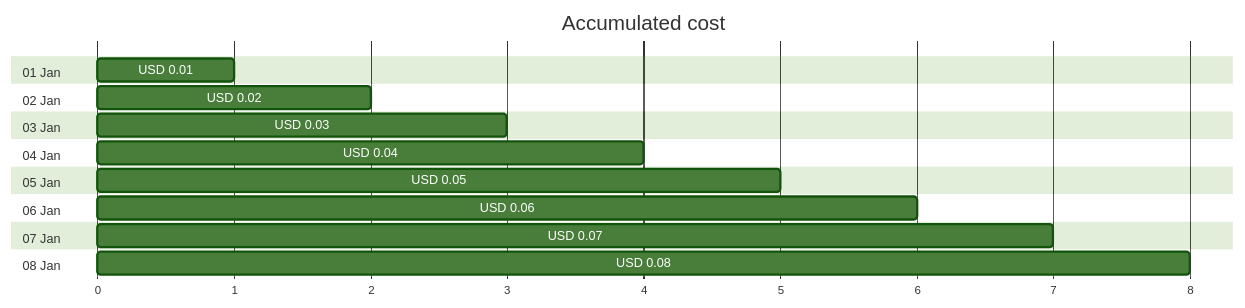
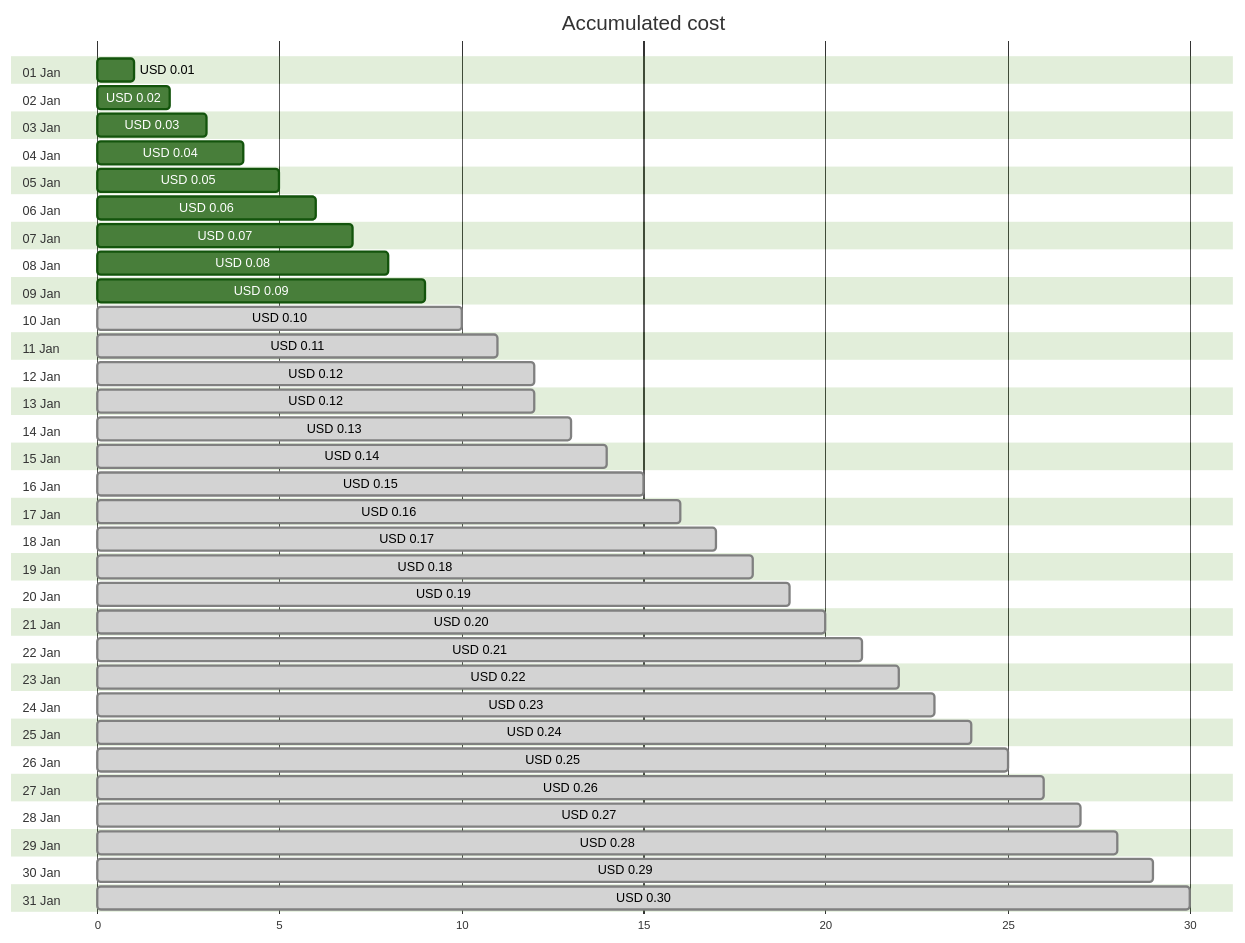
The first of 4 diagrams in cost-reports/cloud-shell-storage-eastus/cs2100300008c8d894b.md (jpfulton/azure-personal-reports), drawn with Mermaid (forest theme) before and after one commit. The commit also changed other lines of this file and 1 other file, not shown here.

Commit message:
Generated reports [skip ci]

````diff
--- a/cost-reports/cloud-shell-storage-eastus/cs2100300008c8d894b.md
+++ b/cost-reports/cloud-shell-storage-eastus/cs2100300008c8d894b.md
@@ -20,22 +20,68 @@
 ```mermaid
 gantt
    title Accumulated cost
    dateFormat  X
    axisFormat %s
    section 01 Jan
    USD 0.01 :0, 1
    section 02 Jan
    USD 0.02 :0, 2
    section 03 Jan
    USD 0.03 :0, 3
    section 04 Jan
    USD 0.04 :0, 4
    section 05 Jan
    USD 0.05 :0, 5
    section 06 Jan
    USD 0.06 :0, 6
    section 07 Jan
    USD 0.07 :0, 7
    section 08 Jan
    USD 0.08 :0, 8
+   section 09 Jan
+   USD 0.09 :0, 9
+   section 10 Jan
+   USD 0.10 : done, 0, 10
+   section 11 Jan
+   USD 0.11 : done, 0, 11
+   section 12 Jan
+   USD 0.12 : done, 0, 12
+   section 13 Jan
+   USD 0.12 : done, 0, 12
+   section 14 Jan
+   USD 0.13 : done, 0, 13
+   section 15 Jan
+   USD 0.14 : done, 0, 14
+   section 16 Jan
+   USD 0.15 : done, 0, 15
+   section 17 Jan
+   USD 0.16 : done, 0, 16
+   section 18 Jan
+   USD 0.17 : done, 0, 17
+   section 19 Jan
+   USD 0.18 : done, 0, 18
+   section 20 Jan
+   USD 0.19 : done, 0, 19
+   section 21 Jan
+   USD 0.20 : done, 0, 20
+   section 22 Jan
+   USD 0.21 : done, 0, 21
+   section 23 Jan
+   USD 0.22 : done, 0, 22
+   section 24 Jan
+   USD 0.23 : done, 0, 23
+   section 25 Jan
+   USD 0.24 : done, 0, 24
+   section 26 Jan
+   USD 0.25 : done, 0, 25
+   section 27 Jan
+   USD 0.26 : done, 0, 26
+   section 28 Jan
+   USD 0.27 : done, 0, 27
+   section 29 Jan
+   USD 0.28 : done, 0, 28
+   section 30 Jan
+   USD 0.29 : done, 0, 29
+   section 31 Jan
+   USD 0.30 : done, 0, 30
 ```
````
